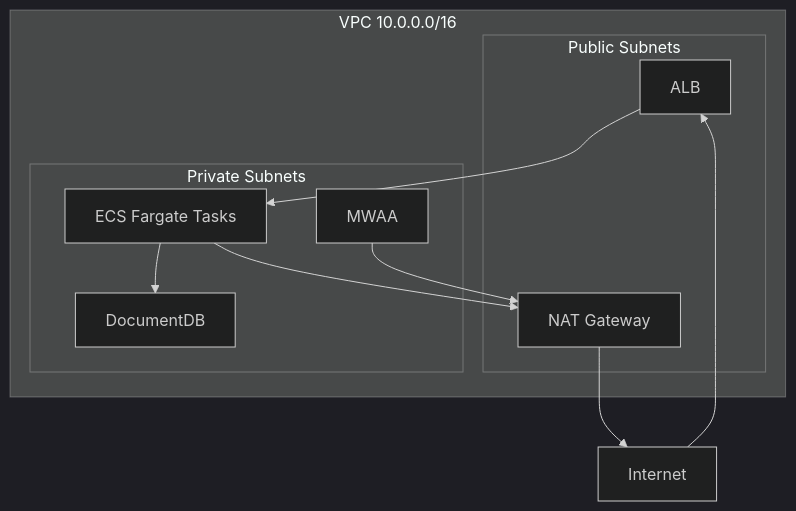
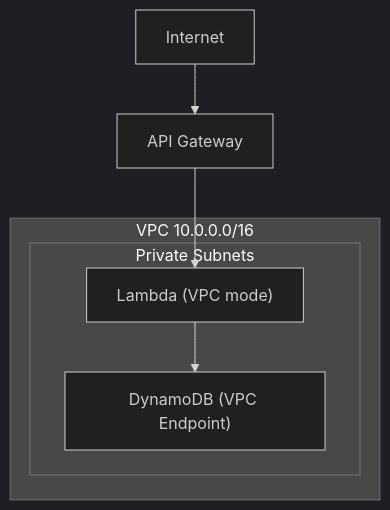
One commit to vinhky123/TrafficPredictor changed the second of 2 diagrams in docs/architecture.md. Above: the diagram before and after it, drawn with Mermaid (dark theme). The commit also changed other lines of this file and 1 other file, not shown here.

Commit message:
docs: update architecture doc for serverless arch

````diff
--- a/docs/architecture.md
+++ b/docs/architecture.md
@@ -129,20 +148,12 @@
 ```mermaid
 flowchart TB
   subgraph vpc [VPC 10.0.0.0/16]
-    subgraph public [Public Subnets]
-      ALB["ALB"]
-      NAT["NAT Gateway"]
+    subgraph private [Private Subnets]
+      Lambda["Lambda (VPC mode)"]
+      DynDB["DynamoDB (VPC Endpoint)"]
     end
-    subgraph private [Private Subnets]
-      ECS["ECS Fargate Tasks"]
-      DocDB["DocumentDB"]
-      MWAA["MWAA"]
-    end
-    ALB --> ECS
-    ECS --> DocDB
-    ECS --> NAT
-    MWAA --> NAT
+    Lambda --> DynDB
   end
-  Internet --> ALB
-  NAT --> Internet
+  Internet --> APIGW["API Gateway"]
+  APIGW --> Lambda
 ```
````
